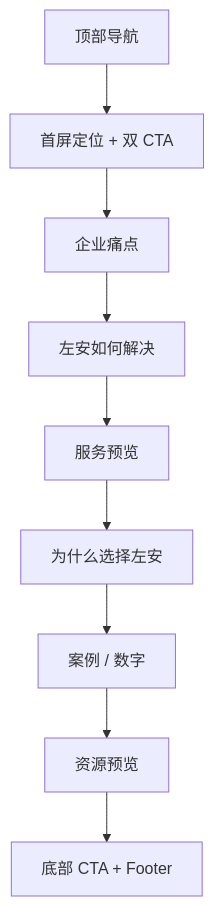
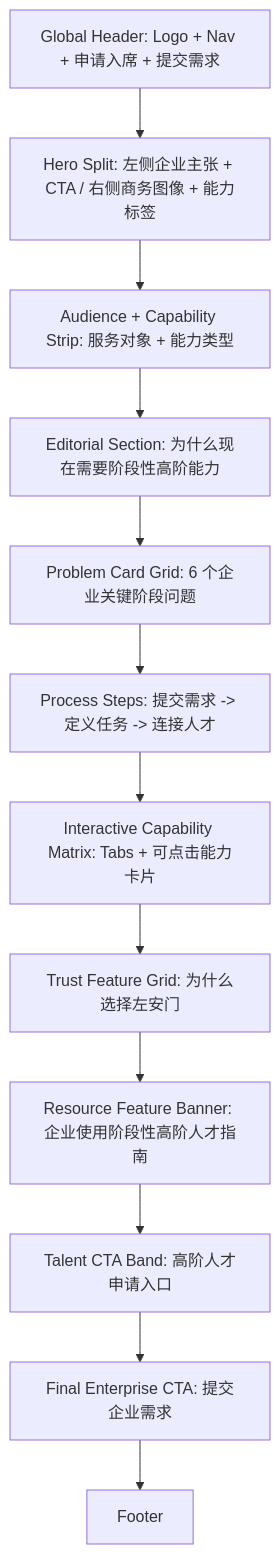
One commit to Gaming33/zan changed the diagram in docs/01-home.md. Above: the diagram before and after it, drawn with Mermaid. The commit also changed other lines of this file and 5 other files, not shown here.

````diff
--- a/docs/01-home.md
+++ b/docs/01-home.md
@@ -30,11 +669,14 @@
 ```mermaid
 flowchart TD
-  A[顶部导航] --> B[首屏定位 + 双 CTA]
-  B --> C[企业痛点]
-  C --> D[左安如何解决]
-  D --> E[服务预览]
-  E --> F[为什么选择左安]
-  F --> G[案例 / 数字]
-  G --> H[资源预览]
-  H --> I[底部 CTA + Footer]
+  A[Global Header: Logo + Nav + 申请入席 + 提交需求] --> B[Hero Split: 左侧企业主张 + CTA / 右侧商务图像 + 能力标签]
+  B --> C[Audience + Capability Strip: 服务对象 + 能力类型]
+  C --> D[Editorial Section: 为什么现在需要阶段性高阶能力]
+  D --> E[Problem Card Grid: 6 个企业关键阶段问题]
+  E --> F[Process Steps: 提交需求 -> 定义任务 -> 连接人才]
+  F --> G[Interactive Capability Matrix: Tabs + 可点击能力卡片]
+  G --> H[Trust Feature Grid: 为什么选择左安门]
+  H --> I[Resource Feature Banner: 企业使用阶段性高阶人才指南]
+  I --> J[Talent CTA Band: 高阶人才申请入口]
+  J --> K[Final Enterprise CTA: 提交企业需求]
+  K --> L[Footer]
 ```
````
